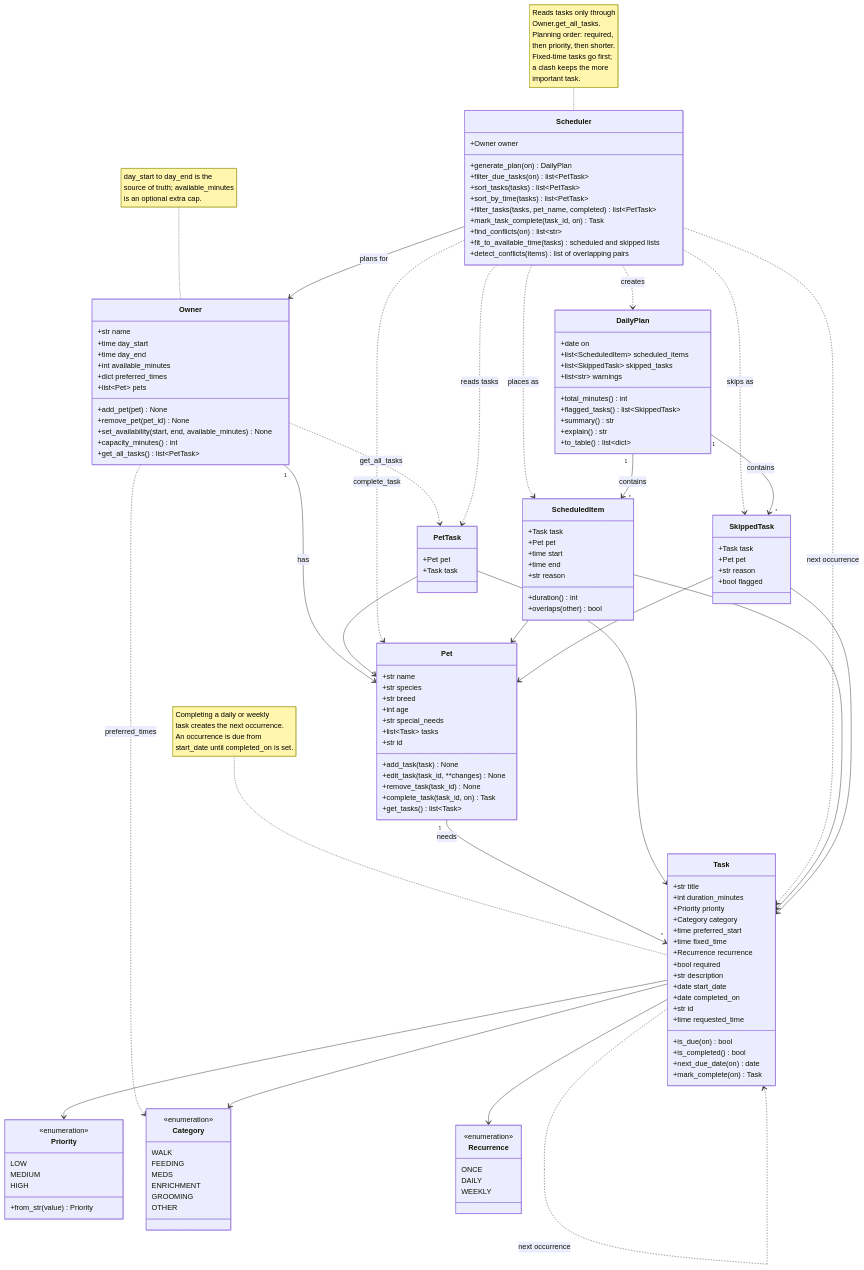
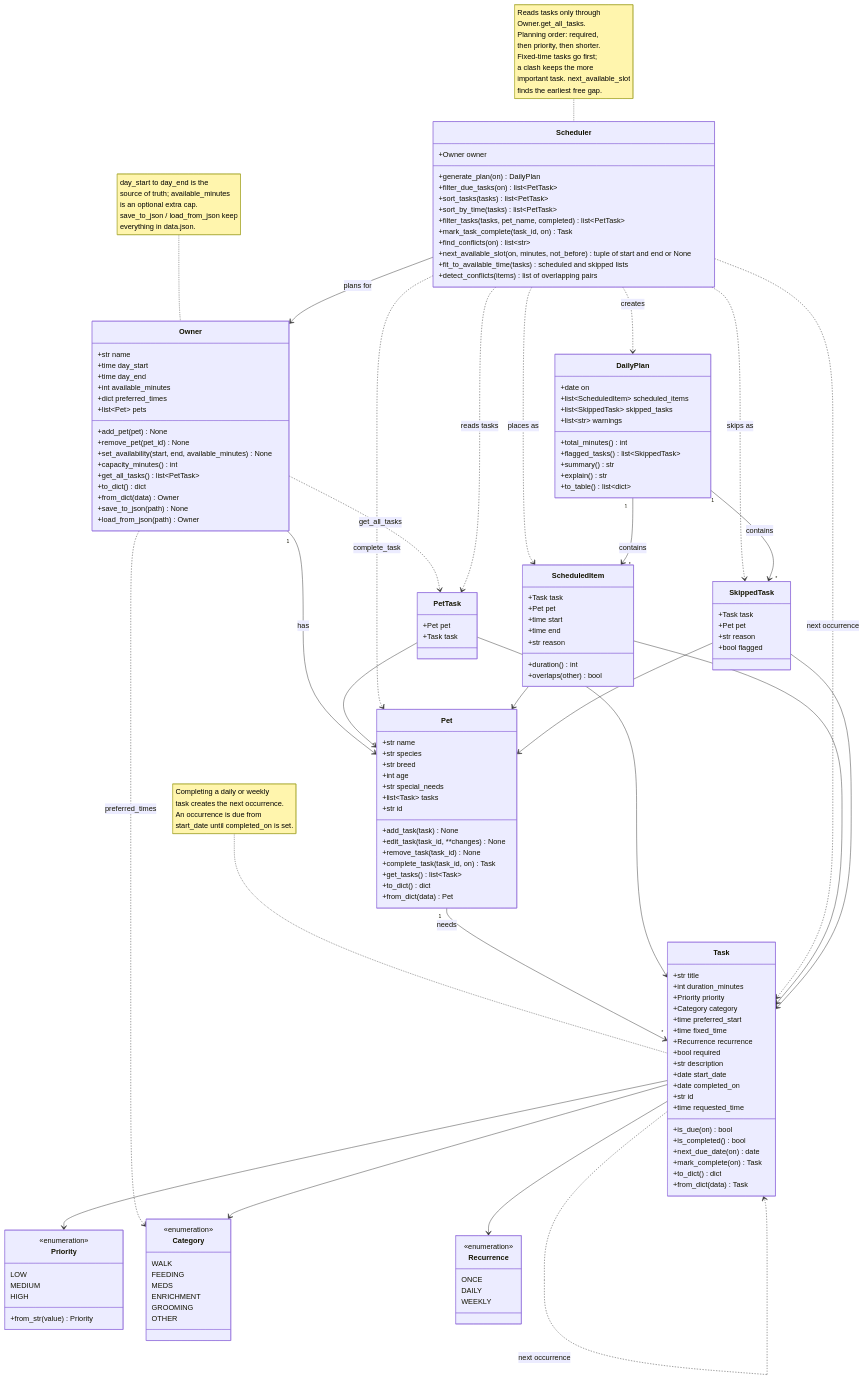
One commit to LittleNew008/ai110-module2show-pawpal-starter changed the diagram in diagrams/uml.mmd. Above: the diagram before and after it, drawn with Mermaid. The commit also changed 20 other files, not shown here.

```diff
--- a/diagrams/uml.mmd
+++ b/diagrams/uml.mmd
@@ -1,159 +1,169 @@
 classDiagram
     %% PawPal+ final class diagram. It matches pawpal_system.py as built (tests/test_uml.py checks every
     %% class, attribute, method and parameter name). Not shown: the module-level helpers to_minutes /
     %% from_minutes (time arithmetic in whole minutes) and _overlapping_pairs (the sorted sweep both
-    %% conflict checks share). app.py and main.py are clients of these classes.
+    %% conflict checks share). app.py and main.py are clients of these classes; display.py turns their
+    %% results into emoji, badges and tables.
     class Priority {
         <<enumeration>>
         LOW
         MEDIUM
         HIGH
         +from_str(value) Priority
     }
 
     class Category {
         <<enumeration>>
         WALK
         FEEDING
         MEDS
         ENRICHMENT
         GROOMING
         OTHER
     }
 
     class Recurrence {
         <<enumeration>>
         ONCE
         DAILY
         WEEKLY
     }
 
     %% Owner availability: the day_start-day_end window is the source of truth;
     %% available_minutes is an optional extra cap (scheduler uses the tighter limit).
     class Owner {
         +str name
         +time day_start
         +time day_end
         +int available_minutes
         +dict preferred_times
         +list~Pet~ pets
         +add_pet(pet) None
         +remove_pet(pet_id) None
         +set_availability(start, end, available_minutes) None
         +capacity_minutes() int
         +get_all_tasks() list~PetTask~
+        +to_dict() dict
+        +from_dict(data) Owner
+        +save_to_json(path) None
+        +load_from_json(path) Owner
     }
 
     class Pet {
         +str name
         +str species
         +str breed
         +int age
         +str special_needs
         +list~Task~ tasks
         +str id
         +add_task(task) None
         +edit_task(task_id, **changes) None
         +remove_task(task_id) None
         +complete_task(task_id, on) Task
         +get_tasks() list~Task~
+        +to_dict() dict
+        +from_dict(data) Pet
     }
 
     %% Recurrence creates a new Task when a daily/weekly one is completed (mark_complete returns it);
     %% each occurrence is open from start_date until completed_on is set. requested_time is
     %% a property: fixed_time, else preferred_start, else None.
     class Task {
         +str title
         +int duration_minutes
         +Priority priority
         +Category category
         +time preferred_start
         +time fixed_time
         +Recurrence recurrence
         +bool required
         +str description
         +date start_date
         +date completed_on
         +str id
         +time requested_time
         +is_due(on) bool
         +is_completed() bool
         +next_due_date(on) date
         +mark_complete(on) Task
+        +to_dict() dict
+        +from_dict(data) Task
     }
 
     %% A task does not point back to its pet; PetTask carries the pair.
     class PetTask {
         +Pet pet
         +Task task
     }
 
     class Scheduler {
         +Owner owner
         +generate_plan(on) DailyPlan
         +filter_due_tasks(on) list~PetTask~
         +sort_tasks(tasks) list~PetTask~
         +sort_by_time(tasks) list~PetTask~
         +filter_tasks(tasks, pet_name, completed) list~PetTask~
         +mark_task_complete(task_id, on) Task
         +find_conflicts(on) list~str~
+        +next_available_slot(on, minutes, not_before) tuple of start and end or None
         +fit_to_available_time(tasks) scheduled and skipped lists
         +detect_conflicts(items) list of overlapping pairs
     }
 
     class DailyPlan {
         +date on
         +list~ScheduledItem~ scheduled_items
         +list~SkippedTask~ skipped_tasks
         +list~str~ warnings
         +total_minutes() int
         +flagged_tasks() list~SkippedTask~
         +summary() str
         +explain() str
         +to_table() list~dict~
     }
 
     class ScheduledItem {
         +Task task
         +Pet pet
         +time start
         +time end
         +str reason
         +duration() int
         +overlaps(other) bool
     }
 
     class SkippedTask {
         +Task task
         +Pet pet
         +str reason
         +bool flagged
     }
 
     Owner "1" --> "*" Pet : has
     Owner ..> Category : preferred_times
     Owner ..> PetTask : get_all_tasks
     Pet "1" --> "*" Task : needs
     Task --> Priority
     Task --> Category
     Task --> Recurrence
     Task ..> Task : next occurrence
     PetTask --> Pet
     PetTask --> Task
     Scheduler --> Owner : plans for
     Scheduler ..> PetTask : reads tasks
     Scheduler ..> DailyPlan : creates
     Scheduler ..> ScheduledItem : places as
     Scheduler ..> SkippedTask : skips as
     Scheduler ..> Pet : complete_task
     Scheduler ..> Task : next occurrence
     DailyPlan "1" --> "*" ScheduledItem : contains
     DailyPlan "1" --> "*" SkippedTask : contains
     ScheduledItem --> Task
     ScheduledItem --> Pet
     SkippedTask --> Task
     SkippedTask --> Pet
 
-    note for Scheduler "Reads tasks only through<br/>Owner.get_all_tasks.<br/>Planning order: required,<br/>then priority, then shorter.<br/>Fixed-time tasks go first;<br/>a clash keeps the more<br/>important task."
+    note for Scheduler "Reads tasks only through<br/>Owner.get_all_tasks.<br/>Planning order: required,<br/>then priority, then shorter.<br/>Fixed-time tasks go first;<br/>a clash keeps the more<br/>important task. next_available_slot<br/>finds the earliest free gap."
     note for Task "Completing a daily or weekly<br/>task creates the next occurrence.<br/>An occurrence is due from<br/>start_date until completed_on is set."
-    note for Owner "day_start to day_end is the<br/>source of truth; available_minutes<br/>is an optional extra cap."
+    note for Owner "day_start to day_end is the<br/>source of truth; available_minutes<br/>is an optional extra cap.<br/>save_to_json / load_from_json keep<br/>everything in data.json."
```
